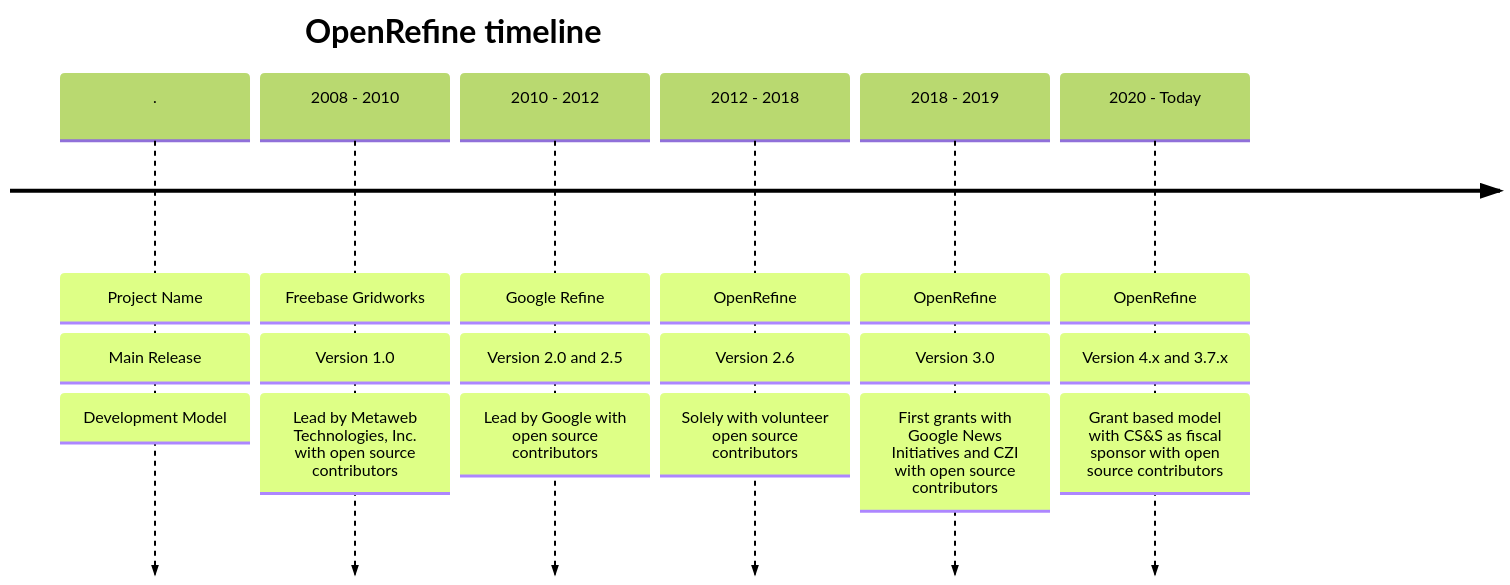
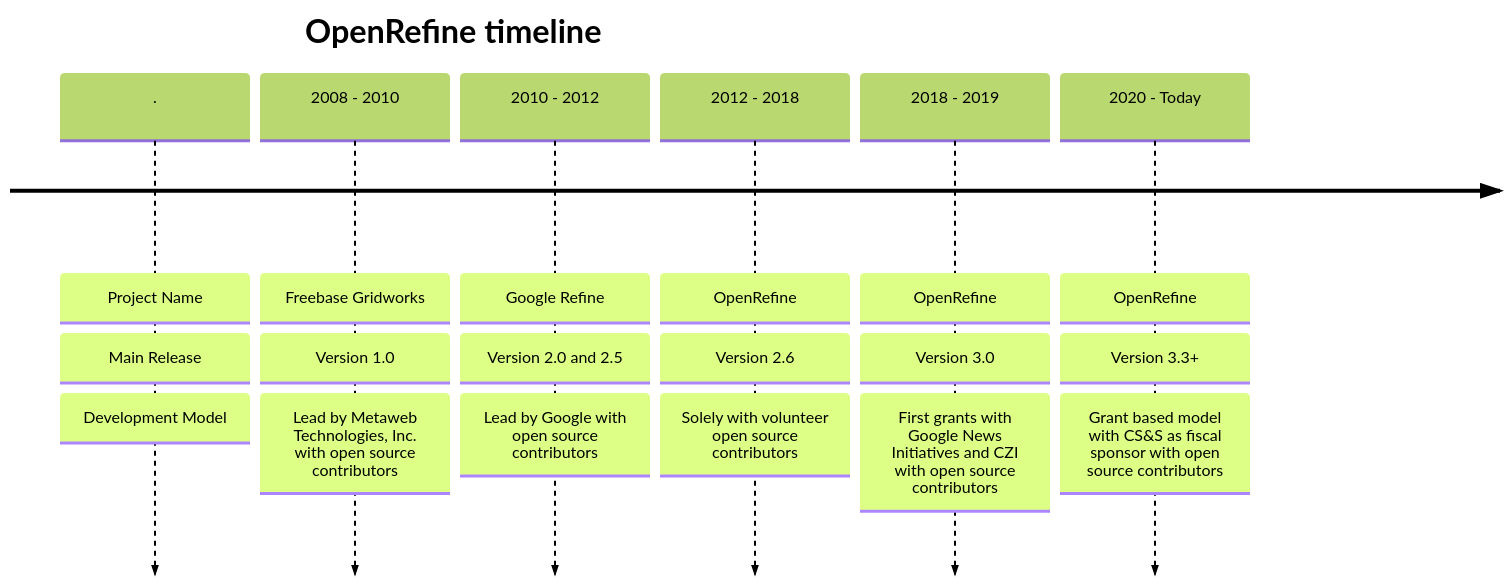
One commit to OpenRefine/openrefine.org changed the diagram in src/pages/openrefine_history.md. Above: the diagram before and after it, drawn with Mermaid. The commit also changed other lines of this file and 1 other file, not shown here.

Commit message:
Apply suggestions from code review

````diff
--- a/src/pages/openrefine_history.md
+++ b/src/pages/openrefine_history.md
@@ -10,28 +10,28 @@
 ```mermaid
 %%{init: { 'theme': 'forest', 'timeline': {'disableMulticolor': true}}}%%
 timeline
     title OpenRefine timeline
     . : Project Name
                         : Main Release
                         : Development Model
 
       2008 - 2010 : Freebase Gridworks
                             : Version 1.0
                             : Lead by Metaweb Technologies, Inc. with open source contributors
 
     2010 - 2012 : Google Refine
                     : Version 2.0 and 2.5
                     : Lead by Google with open source contributors
 
     2012 - 2018 : OpenRefine
                     : Version 2.6
                     : Solely with volunteer open source contributors
 
       2018 - 2019 : OpenRefine
                     : Version 3.0
                     : First grants with Google News Initiatives and CZI with open source contributors
 
       2020 - Today : OpenRefine
-                    : Version 4.x and 3.7.x
+                    : Version 3.3+
                     : Grant based model with CS&S as fiscal sponsor with open source contributors
 ```
````
